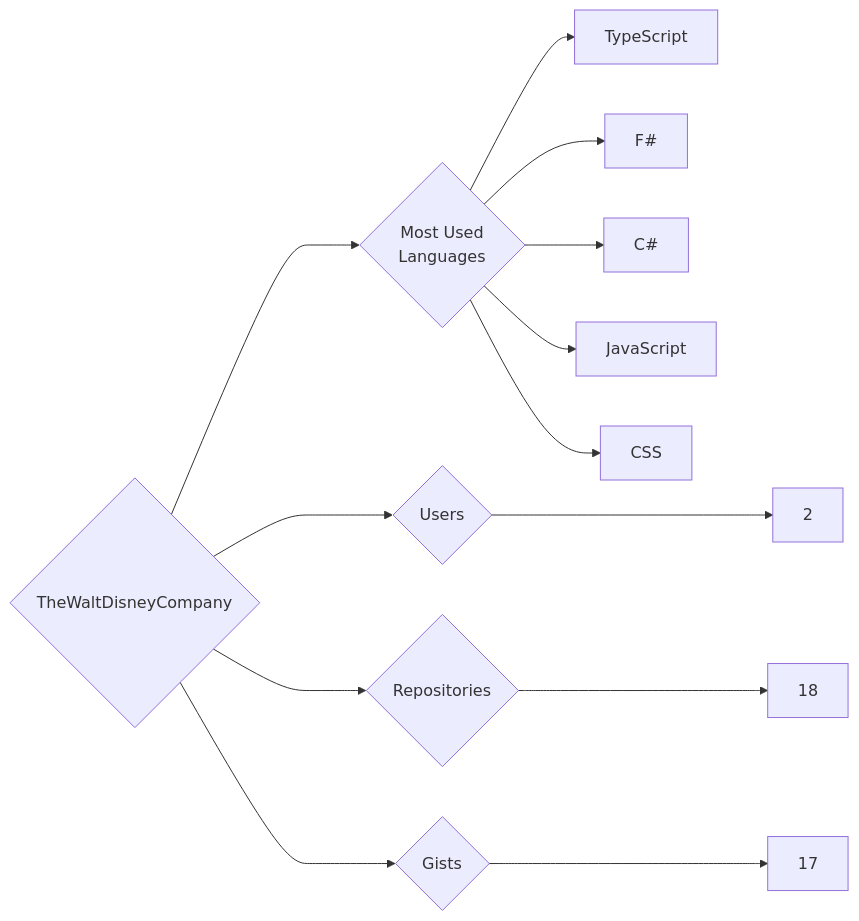
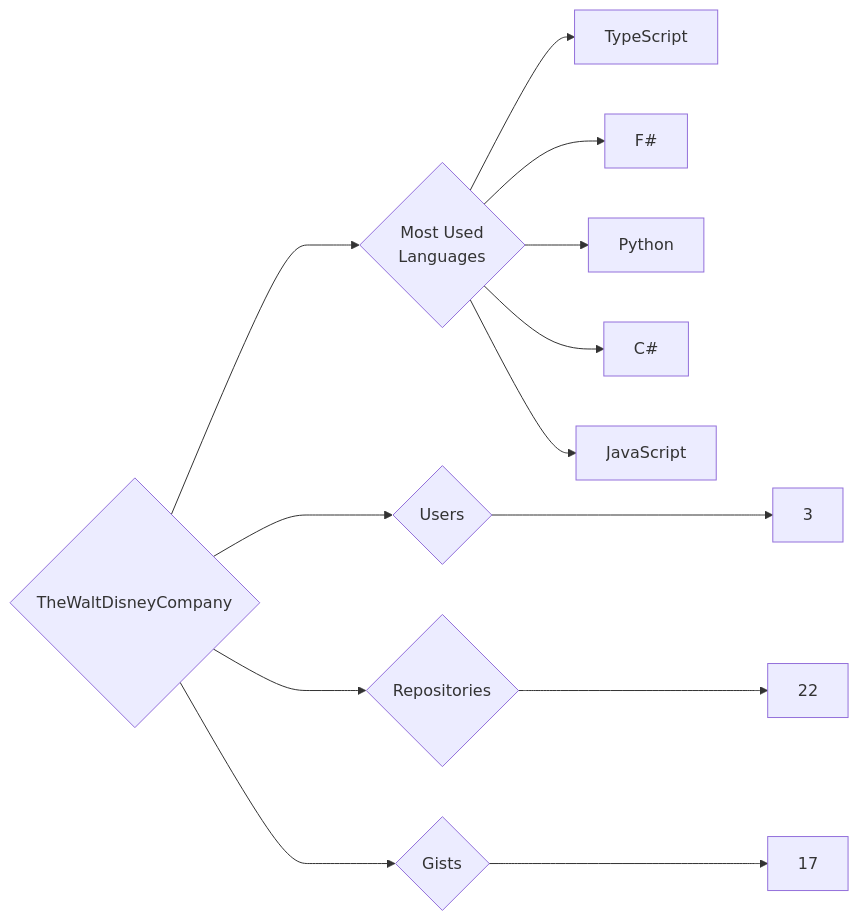
Before and after one commit to trickest/insiders: the diagram in targets/TheWaltDisneyCompany/README.md, drawn with Mermaid. The commit also changed 1389 other files, not shown here.

````diff
--- a/targets/TheWaltDisneyCompany/README.md
+++ b/targets/TheWaltDisneyCompany/README.md
@@ -3,13 +3,13 @@
 ```mermaid
 graph LR
 COMPANY_NAME{TheWaltDisneyCompany}
-COMPANY_NAME ---> U{Users} ---> UN[2]
-COMPANY_NAME ---> R{Repositories} ---> RN[18]
+COMPANY_NAME ---> U{Users} ---> UN[3]
+COMPANY_NAME ---> R{Repositories} ---> RN[22]
 COMPANY_NAME ---> G{Gists} ---> GN[17]
 COMPANY_NAME ---> ML{Most Used<br>Languages}
 ML --> TypeScript[TypeScript]
 ML --> F#[F#]
+ML --> Python[Python]
 ML --> C#[C#]
 ML --> JavaScript[JavaScript]
-ML --> CSS[CSS]
 ```
````
